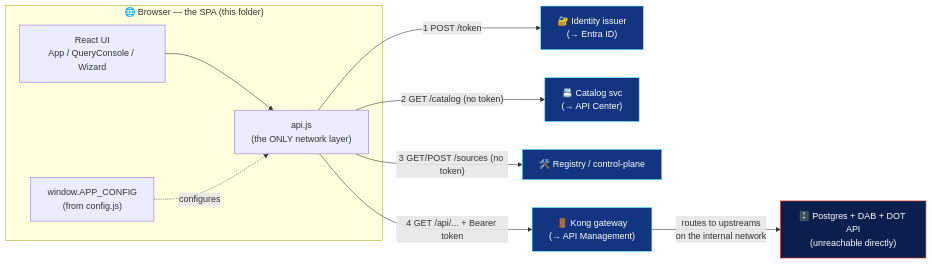
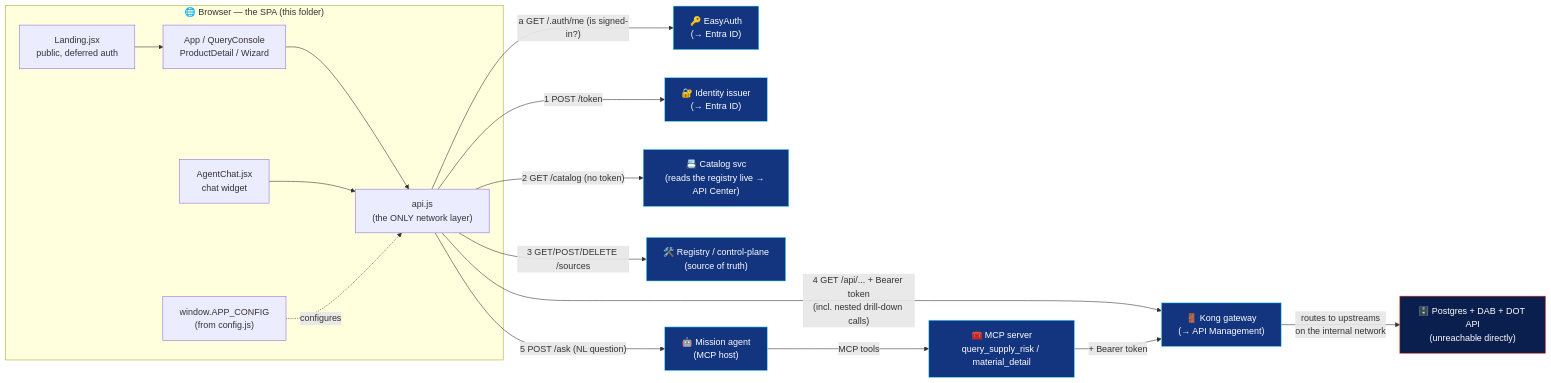
One commit to fgarofalo56/nasa-api-first-poc changed the first of 3 diagrams in frontend/README.md. Above: the diagram before and after it, drawn with Mermaid. The commit also changed other lines of this file and 13 other files, not shown here.

First line of the commit message:
docs: sync the manual to the agent, landing page, drill-down + live add/remove (#18)

````diff
--- a/frontend/README.md
+++ b/frontend/README.md
@@ -72,22 +75,30 @@
 ```mermaid
 flowchart LR
     subgraph browser["🌐 Browser — the SPA (this folder)"]
-        UI["React UI<br/>App / QueryConsole / Wizard"]
+        LAND["Landing.jsx<br/>public, deferred auth"]
+        UI["App / QueryConsole<br/>ProductDetail / Wizard"]
+        CHAT["AgentChat.jsx<br/>chat widget"]
         CFG["window.APP_CONFIG<br/>(from config.js)"]
         API["api.js<br/>(the ONLY network layer)"]
+        LAND --> UI
         UI --> API
+        CHAT --> API
         CFG -. configures .-> API
     end
 
+    API -->|"a GET /.auth/me (is signed-in?)"| EZ["🔑 EasyAuth<br/>(→ Entra ID)"]
     API -->|"1 POST /token"| ID["🔐 Identity issuer<br/>(→ Entra ID)"]
-    API -->|"2 GET /catalog (no token)"| CAT["📇 Catalog svc<br/>(→ API Center)"]
-    API -->|"3 GET/POST /sources (no token)"| REG["🛠️ Registry / control-plane"]
-    API -->|"4 GET /api/... + Bearer token"| KONG["🚪 Kong gateway<br/>(→ API Management)"]
+    API -->|"2 GET /catalog (no token)"| CAT["📇 Catalog svc<br/>(reads the registry live → API Center)"]
+    API -->|"3 GET/POST/DELETE /sources"| REG["🛠️ Registry / control-plane<br/>(source of truth)"]
+    API -->|"4 GET /api/... + Bearer token<br/>(incl. nested drill-down calls)"| KONG["🚪 Kong gateway<br/>(→ API Management)"]
+    API -->|"5 POST /ask (NL question)"| AGT["🤖 Mission agent<br/>(MCP host)"]
 
+    AGT -->|MCP tools| MCP["🧰 MCP server<br/>query_supply_risk / material_detail"]
+    MCP -->|"+ Bearer token"| KONG
     KONG -->|routes to upstreams<br/>on the internal network| SRC["🗄️ Postgres + DAB + DOT API<br/>(unreachable directly)"]
 
     classDef edge fill:#13347f,stroke:#50e6ff,color:#fff;
     classDef secret fill:#0a1f4d,stroke:#fc3d21,color:#fff;
-    class KONG,ID,CAT,REG edge;
+    class KONG,ID,CAT,REG,AGT,MCP,EZ edge;
     class SRC secret;
 ```
````
